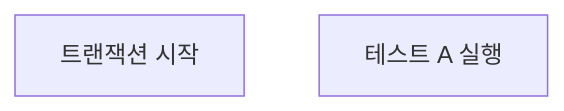
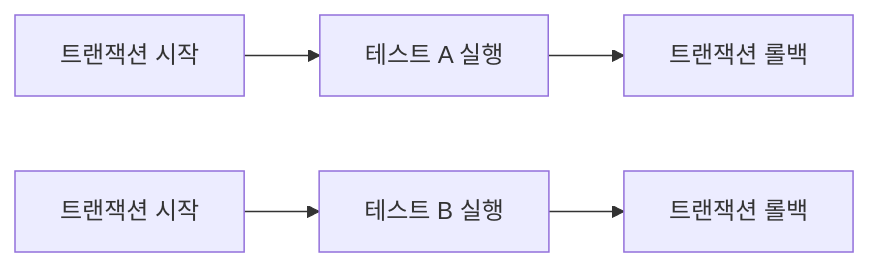
One commit to choiexe1/blog changed the diagram in content/Resources/프로그래밍/Java/김영한의 DB/DB 2편/3. 데이터 접근 기술 - 테스트.md. Above: the diagram before and after it, drawn with Mermaid. The commit also changed other lines of this file, not shown here.

Commit message:
vault backup: 2024-12-15 18:30:58

````diff
--- a/content/Resources/프로그래밍/Java/김영한의 DB/DB 2편/3. 데이터 접근 기술 - 테스트.md
+++ b/content/Resources/프로그래밍/Java/김영한의 DB/DB 2편/3. 데이터 접근 기술 - 테스트.md
@@ -221,5 +221,12 @@
 ```mermaid
-graph
-1["트랜잭션 시작"]
+graph LR
+1[트랜잭션 시작]
 2[테스트 A 실행]
+3[트랜잭션 롤백]
+4[트랜잭션 시작]
+5[테스트 B 실행]
+6[트랜잭션 롤백]
+
+1 --> 2 --> 3 
+4 --> 5 --> 6
 ```
````
